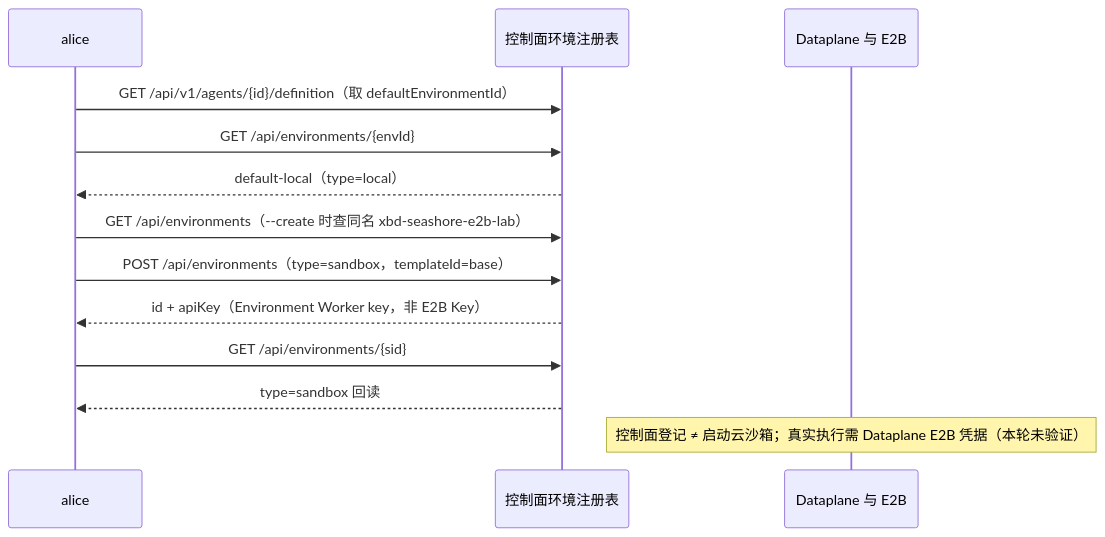
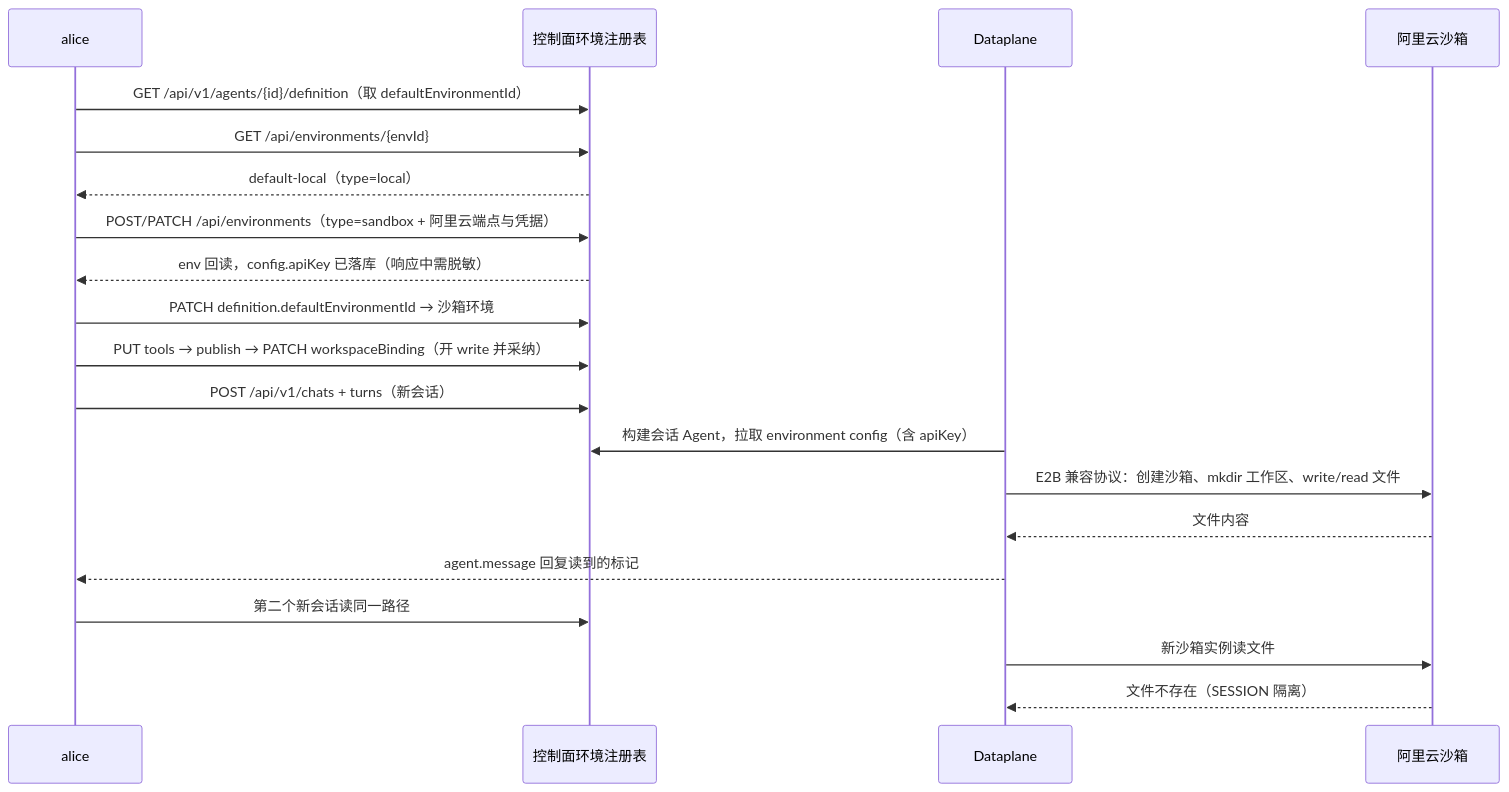
One commit to ybak/agentscope-2.0-tutorial changed the diagram in demo/cross-border-commerce/steps/step-12-sandbox.md. Above: the diagram before and after it, drawn with Mermaid. The commit also changed other lines of this file and 5 other files, not shown here.

````diff
--- a/demo/cross-border-commerce/steps/step-12-sandbox.md
+++ b/demo/cross-border-commerce/steps/step-12-sandbox.md
@@ -10,15 +10,22 @@
 ```mermaid
 sequenceDiagram
     participant A as alice
     participant C as 控制面环境注册表
-    participant D as Dataplane 与 E2B
+    participant D as Dataplane
+    participant S as 阿里云沙箱
     A->>C: GET /api/v1/agents/{id}/definition（取 defaultEnvironmentId）
     A->>C: GET /api/environments/{envId}
     C-->>A: default-local（type=local）
-    A->>C: GET /api/environments（--create 时查同名 xbd-seashore-e2b-lab）
-    A->>C: POST /api/environments（type=sandbox，templateId=base）
-    C-->>A: id + apiKey（Environment Worker key，非 E2B Key）
-    A->>C: GET /api/environments/{sid}
-    C-->>A: type=sandbox 回读
-    Note over D: 控制面登记 ≠ 启动云沙箱；真实执行需 Dataplane E2B 凭据（本轮未验证）
+    A->>C: POST/PATCH /api/environments（type=sandbox + 阿里云端点与凭据）
+    C-->>A: env 回读，config.apiKey 已落库（响应中需脱敏）
+    A->>C: PATCH definition.defaultEnvironmentId → 沙箱环境
+    A->>C: PUT tools → publish → PATCH workspaceBinding（开 write 并采纳）
+    A->>C: POST /api/v1/chats + turns（新会话）
+    D->>C: 构建会话 Agent，拉取 environment config（含 apiKey）
+    D->>S: E2B 兼容协议：创建沙箱、mkdir 工作区、write/read 文件
+    S-->>D: 文件内容
+    D-->>A: agent.message 回复读到的标记
+    A->>C: 第二个新会话读同一路径
+    D->>S: 新沙箱实例读文件
+    S-->>D: 文件不存在（SESSION 隔离）
 ```
````
